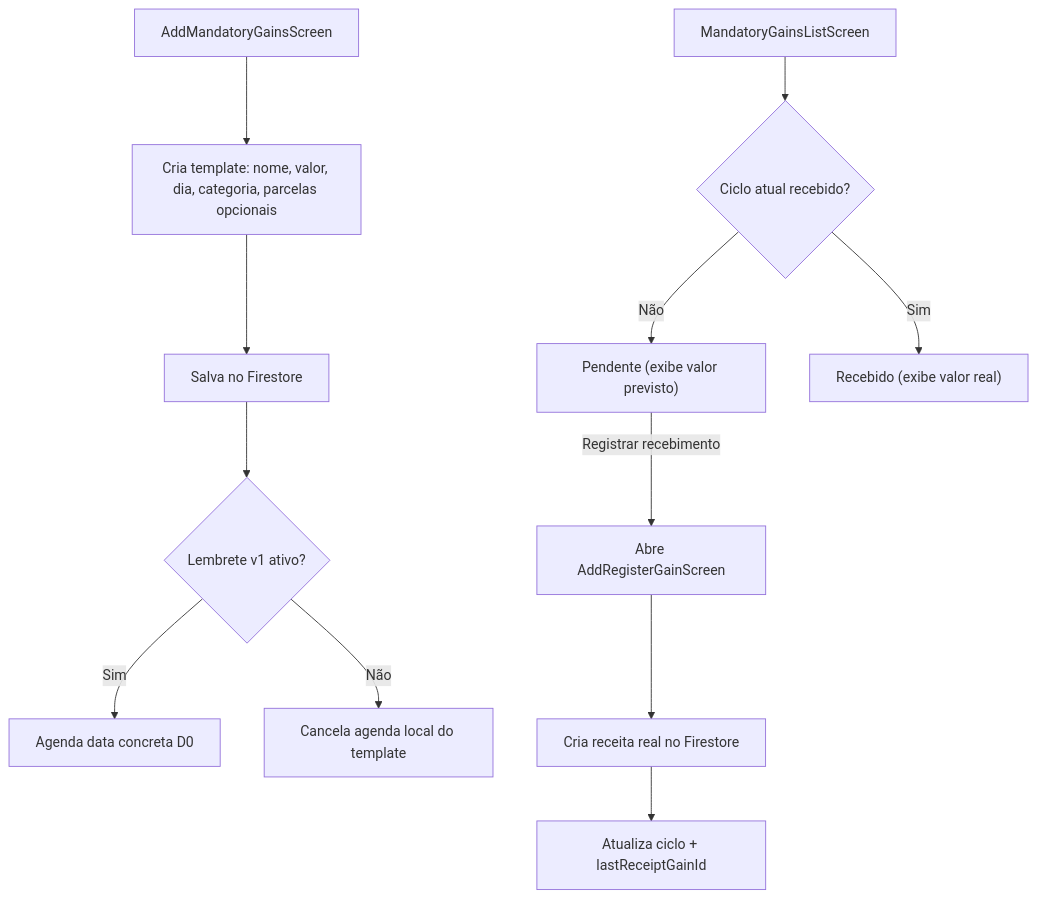
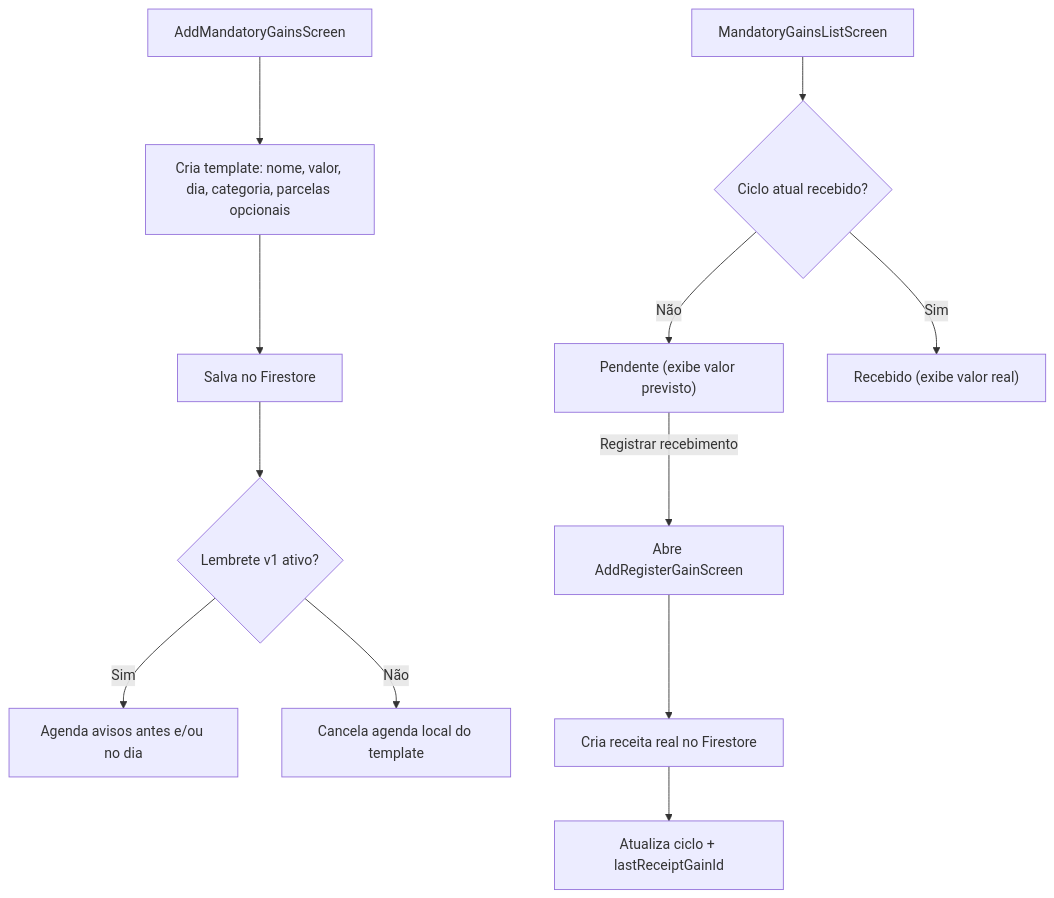
One commit to gabrielmazz/finances-app changed the diagram in Arquitetura/Receitas Fixas.md. Above: the diagram before and after it, drawn with Mermaid. The commit also changed other lines of this file and 301 other files, not shown here.

````diff
--- a/Arquitetura/Receitas Fixas.md
+++ b/Arquitetura/Receitas Fixas.md
@@ -15,14 +15,14 @@
 ```mermaid
 graph TD
     ADD[AddMandatoryGainsScreen] --> TMPL[Cria template: nome, valor, dia, categoria, parcelas opcionais]
     TMPL --> SAVE[Salva no Firestore]
     SAVE --> NOTIF{Lembrete v1 ativo?}
-    NOTIF -->|Sim| SCHED[Agenda data concreta D0]
+    NOTIF -->|Sim| SCHED[Agenda avisos antes e/ou no dia]
     NOTIF -->|Não| CANCEL[Cancela agenda local do template]
     LIST[MandatoryGainsListScreen] --> CHECK{Ciclo atual recebido?}
     CHECK -->|Não| PEND["Pendente (exibe valor previsto)"]
     CHECK -->|Sim| REC["Recebido (exibe valor real)"]
     PEND -->|Registrar recebimento| REG[Abre AddRegisterGainScreen]
     REG --> GAIN[Cria receita real no Firestore]
     GAIN --> UPD[Atualiza ciclo + lastReceiptGainId]
 ```
````
